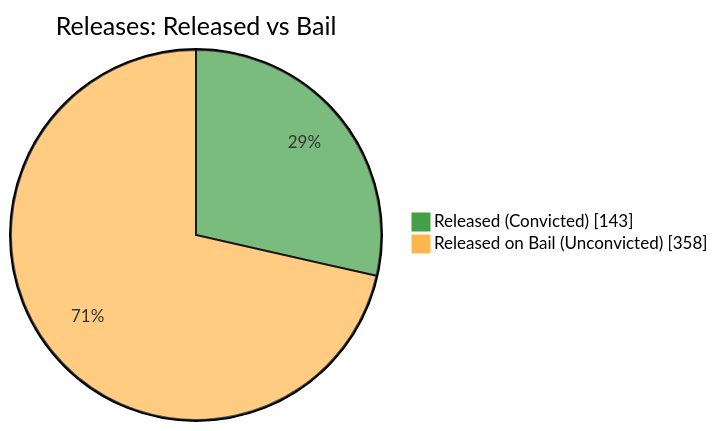
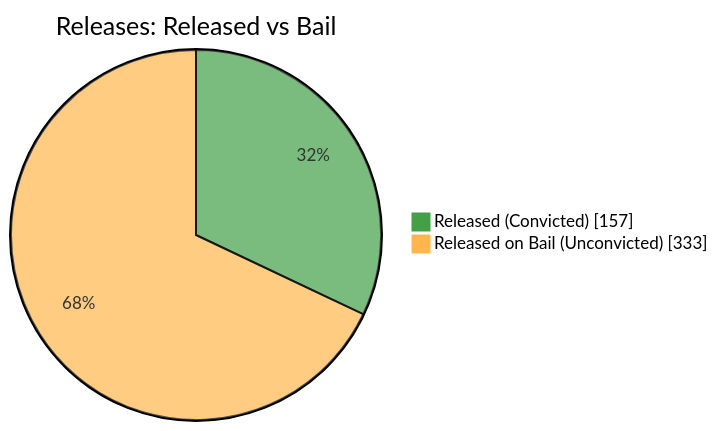
Before and after one commit to nuuuwan/lk_prisons: the fifth of 7 diagrams in README.md, drawn with Mermaid. The commit also changed other lines of this file and 1 other file, not shown here.

````diff
--- a/README.md
+++ b/README.md
@@ -87,6 +87,6 @@
 ```mermaid
 %%{init: {'themeVariables': {'pie1': '#43A047', 'pie2': '#FFB74D'}}}%%
 pie showData title Releases: Released vs Bail
-    "Released (Convicted)" : 143
-    "Released on Bail (Unconvicted)" : 358
+    "Released (Convicted)" : 157
+    "Released on Bail (Unconvicted)" : 333
 ```
````
